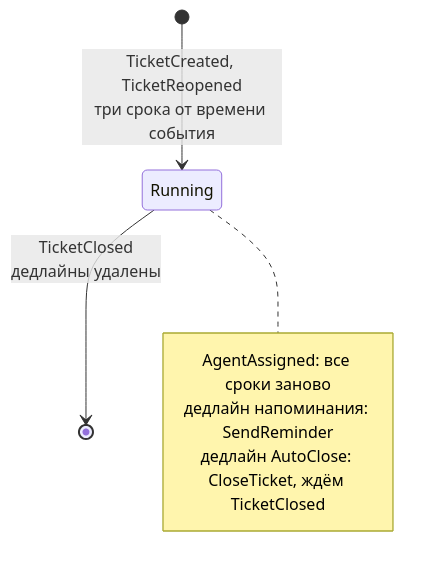
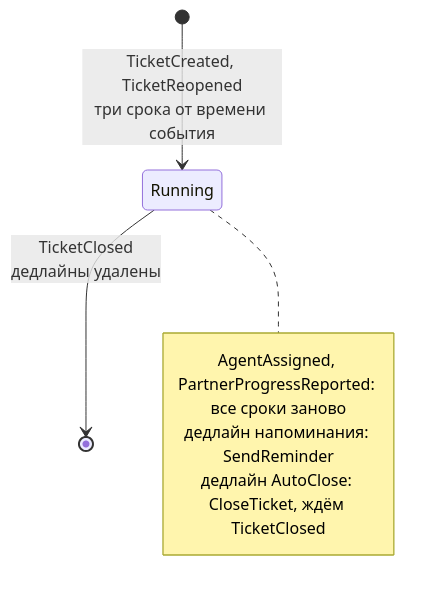
The fifth of 11 diagrams in hw10/ARCHITECTURE.md (Dx-by-Dy/ALS-HW), drawn with Mermaid before and after one commit. The commit also changed other lines of this file and 1 other file, not shown here.

Commit message:
Documented HW10 architecture and implementation of ACL, open-host service and shared kernel

````diff
--- a/hw10/ARCHITECTURE.md
+++ b/hw10/ARCHITECTURE.md
@@ -280,10 +314,10 @@
 ```mermaid
 stateDiagram-v2
     [*] --> Running: TicketCreated, TicketReopened<br/>три срока от времени события
     Running --> [*]: TicketClosed<br/>дедлайны удалены
     note right of Running
-        AgentAssigned: все сроки заново
+        AgentAssigned, PartnerProgressReported: все сроки заново
         дедлайн напоминания: SendReminder
         дедлайн AutoClose: CloseTicket, ждём TicketClosed
     end note
 ```
````
